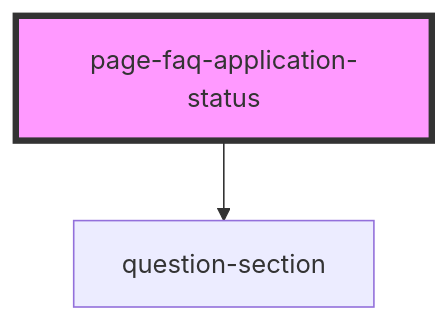
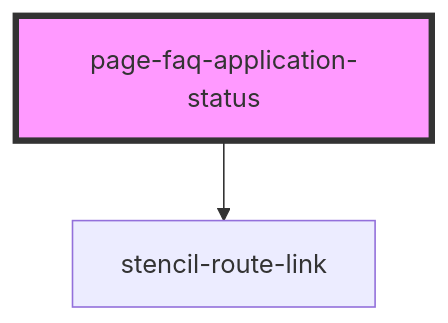
One commit to PowerThePolls/power-the-polls changed the diagram in site/src/components/page-faq-application-status/readme.md. Above: the diagram before and after it, drawn with Mermaid. The commit also changed other lines of this file and 11 other files, not shown here.

````diff
--- a/site/src/components/page-faq-application-status/readme.md
+++ b/site/src/components/page-faq-application-status/readme.md
@@ -22,5 +22,5 @@
 ```mermaid
 graph TD;
-  page-faq-application-status --> question-section
+  page-faq-application-status --> stencil-route-link
   style page-faq-application-status fill:#f9f,stroke:#333,stroke-width:4px
 ```
````
